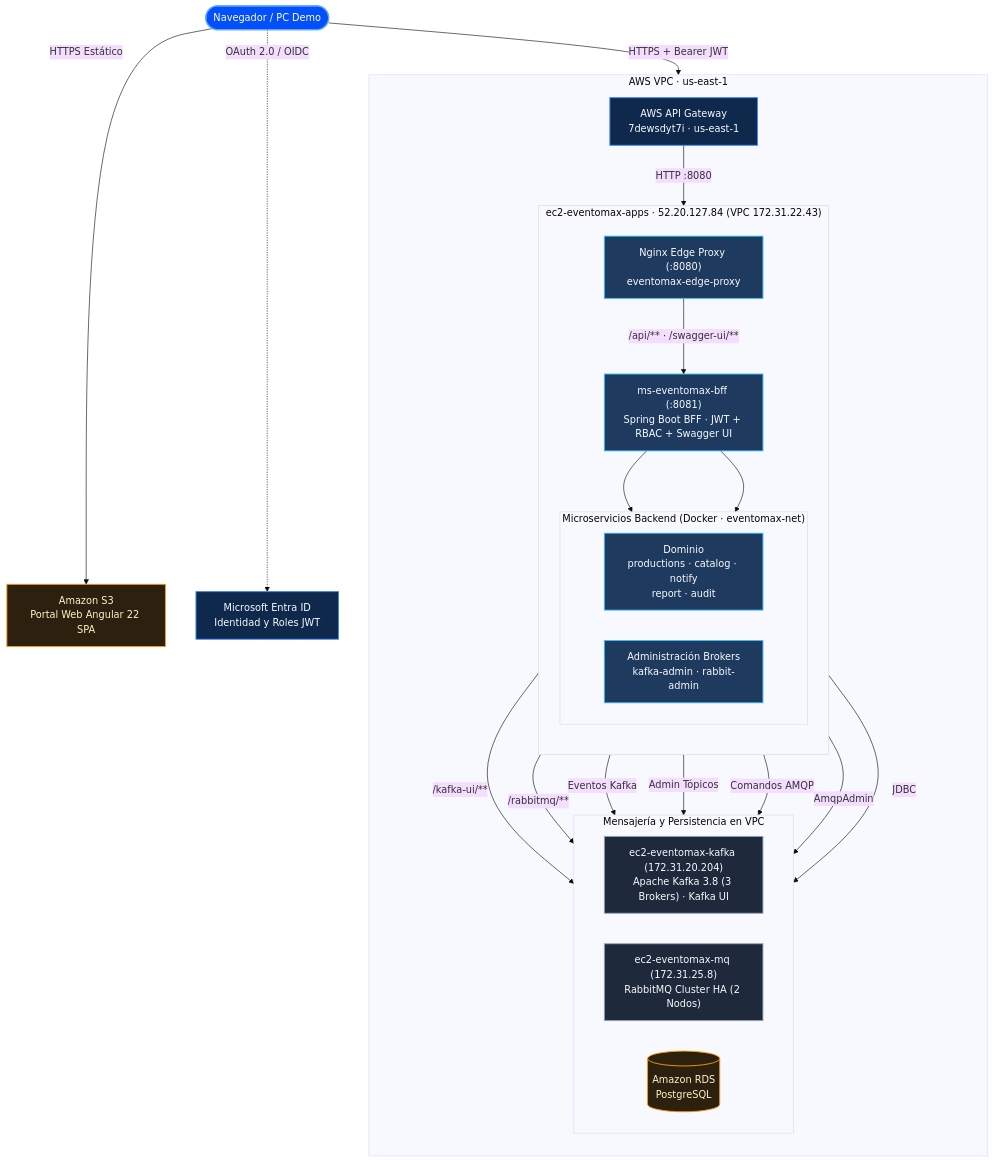
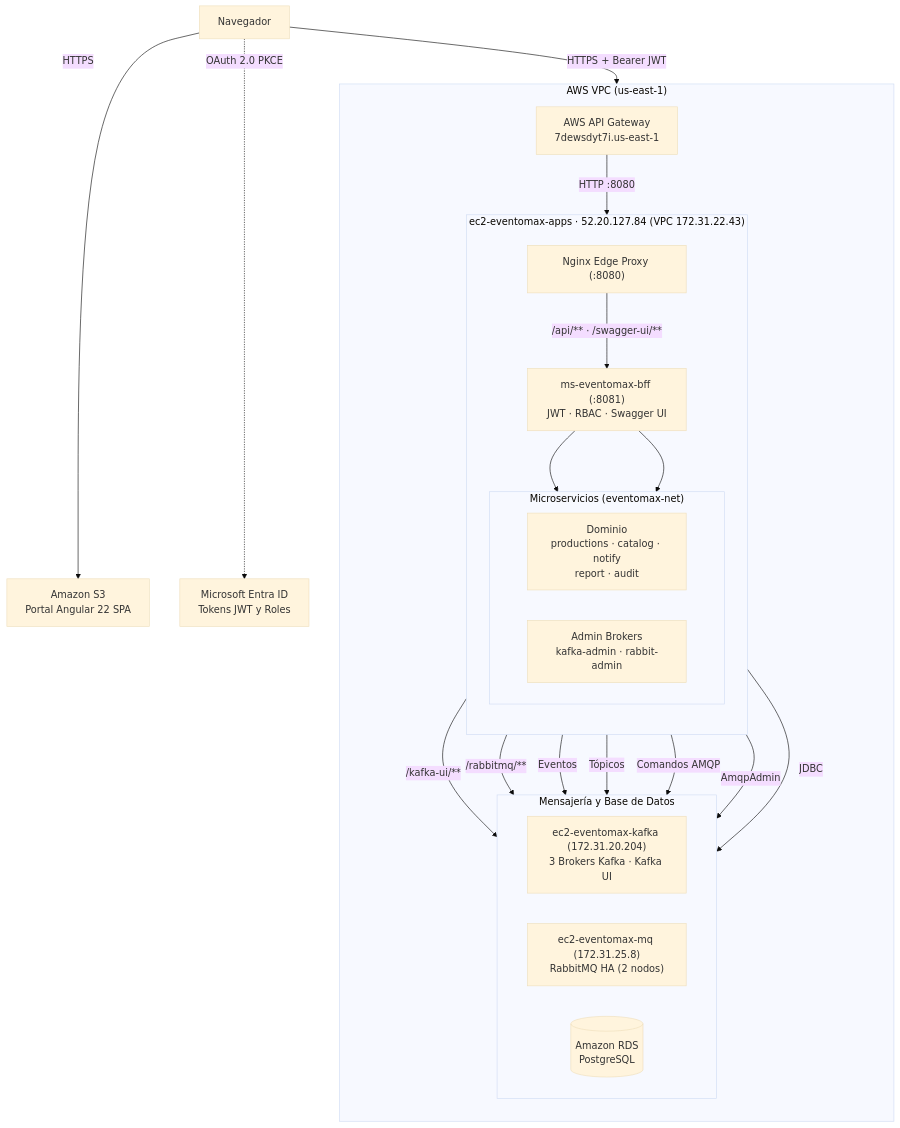
One commit to Nachovn12/frontend-eventomax changed the diagram in README.md. Above: the diagram before and after it, drawn with Mermaid (base theme). The commit also changed other lines of this file and 1 other file, not shown here.

````diff
--- a/README.md
+++ b/README.md
@@ -138,57 +90,45 @@
 ```mermaid
 flowchart TB
-    User(["Navegador / PC Demo"])
+    User["Navegador"]
 
-    User -->|"HTTPS Estático"| S3["Amazon S3<br/>Portal Web Angular 22 SPA"]
-    User -.->|"OAuth 2.0 / OIDC"| Entra["Microsoft Entra ID<br/>Identidad y Roles JWT"]
-    User -->|"HTTPS + Bearer JWT"| APIGW["AWS API Gateway<br/>7dewsdyt7i · us-east-1"]
+    User -->|HTTPS| S3["Amazon S3<br/>Portal Angular 22 SPA"]
+    User -.->|OAuth 2.0 PKCE| Entra["Microsoft Entra ID<br/>Tokens JWT y Roles"]
+    User -->|HTTPS + Bearer JWT| APIGW["AWS API Gateway<br/>7dewsdyt7i.us-east-1"]
 
-    subgraph VPC["AWS VPC · us-east-1"]
+    subgraph VPC["AWS VPC (us-east-1)"]
         direction TB
 
         subgraph AppsEC2["ec2-eventomax-apps · 52.20.127.84 (VPC 172.31.22.43)"]
             direction TB
-            Proxy["Nginx Edge Proxy (:8080)<br/>eventomax-edge-proxy"]
-            BFF["ms-eventomax-bff (:8081)<br/>Spring Boot BFF · JWT + RBAC + Swagger UI"]
+            Proxy["Nginx Edge Proxy (:8080)"]
+            BFF["ms-eventomax-bff (:8081)<br/>JWT · RBAC · Swagger UI"]
 
-            subgraph Services["Microservicios Backend (Docker · eventomax-net)"]
+            subgraph Services["Microservicios (eventomax-net)"]
                 direction LR
                 MS["Dominio<br/>productions · catalog · notify<br/>report · audit"]
-                ADM["Administración Brokers<br/>kafka-admin · rabbit-admin"]
+                ADM["Admin Brokers<br/>kafka-admin · rabbit-admin"]
             end
 
             Proxy -->|"/api/** · /swagger-ui/**"| BFF
             BFF --> MS
             BFF --> ADM
         end
 
-        APIGW -->|"HTTP :8080"| Proxy
+        APIGW -->|HTTP :8080| Proxy
 
-        subgraph DataPlane["Mensajería y Persistencia en VPC"]
+        subgraph DataPlane["Mensajería y Base de Datos"]
             direction LR
-            KafkaEC2["ec2-eventomax-kafka (172.31.20.204)<br/>Apache Kafka 3.8 (3 Brokers) · Kafka UI"]
-            MQEC2["ec2-eventomax-mq (172.31.25.8)<br/>RabbitMQ Cluster HA (2 Nodos)"]
+            KafkaEC2["ec2-eventomax-kafka (172.31.20.204)<br/>3 Brokers Kafka · Kafka UI"]
+            MQEC2["ec2-eventomax-mq (172.31.25.8)<br/>RabbitMQ HA (2 nodos)"]
             RDS[("Amazon RDS<br/>PostgreSQL")]
         end
 
         Proxy -->|"/kafka-ui/**"| KafkaEC2
         Proxy -->|"/rabbitmq/**"| MQEC2
-        MS -->|"Eventos Kafka"| KafkaEC2
-        ADM -->|"Admin Tópicos"| KafkaEC2
-        MS -->|"Comandos AMQP"| MQEC2
-        ADM -->|"AmqpAdmin"| MQEC2
-        MS -->|"JDBC"| RDS
+        MS -->|Eventos| KafkaEC2
+        ADM -->|Tópicos| KafkaEC2
+        MS -->|Comandos AMQP| MQEC2
+        ADM -->|AmqpAdmin| MQEC2
+        MS -->|JDBC| RDS
     end
-
-    classDef client fill:#024ffc,stroke:#60a5fa,stroke-width:2px,color:#ffffff;
-    classDef edge fill:#0f294d,stroke:#3b82f6,stroke-width:1.5px,color:#f8fafc;
-    classDef app fill:#1e3a5f,stroke:#38bdf8,stroke-width:1.5px,color:#f8fafc;
-    classDef infra fill:#1e293b,stroke:#94a3b8,stroke-width:1.5px,color:#f8fafc;
-    classDef aws fill:#2d200f,stroke:#f59e0b,stroke-width:1.5px,color:#fef3c7;
-
-    class User client;
-    class Entra,APIGW edge;
-    class S3,RDS aws;
-    class Proxy,BFF,MS,ADM app;
-    class KafkaEC2,MQEC2 infra;
 ```
````
